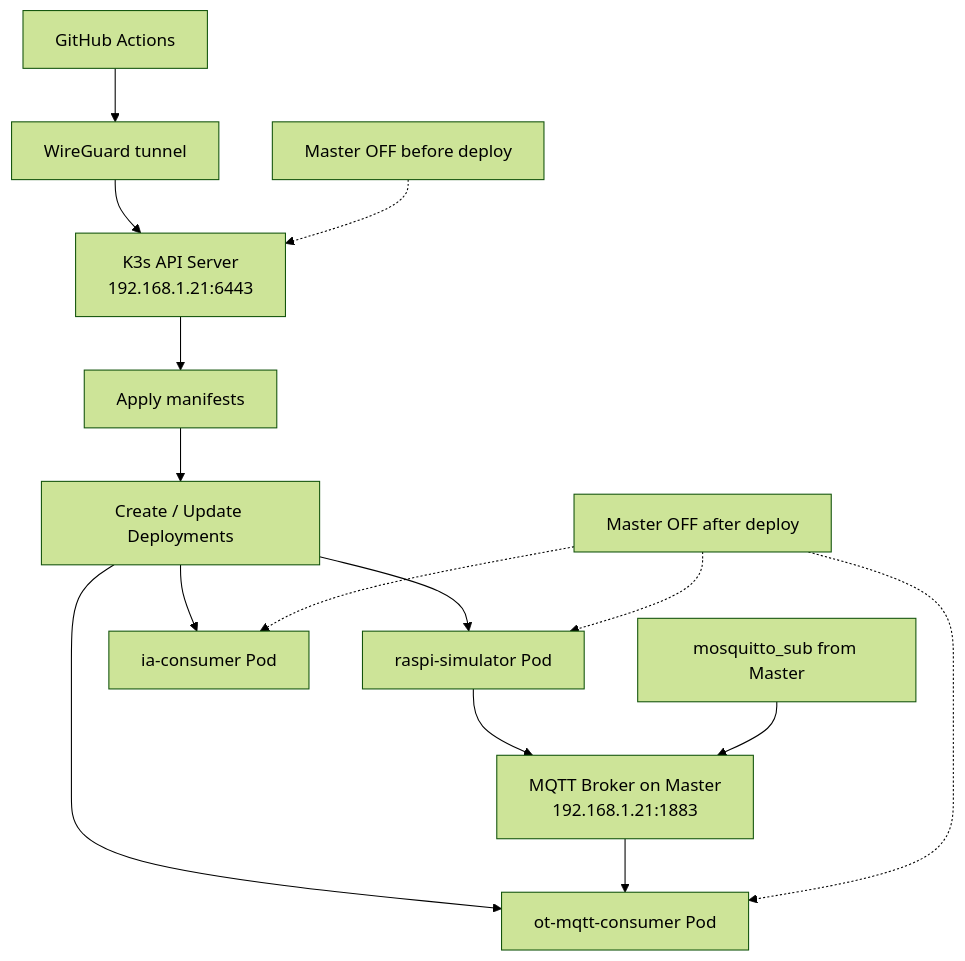
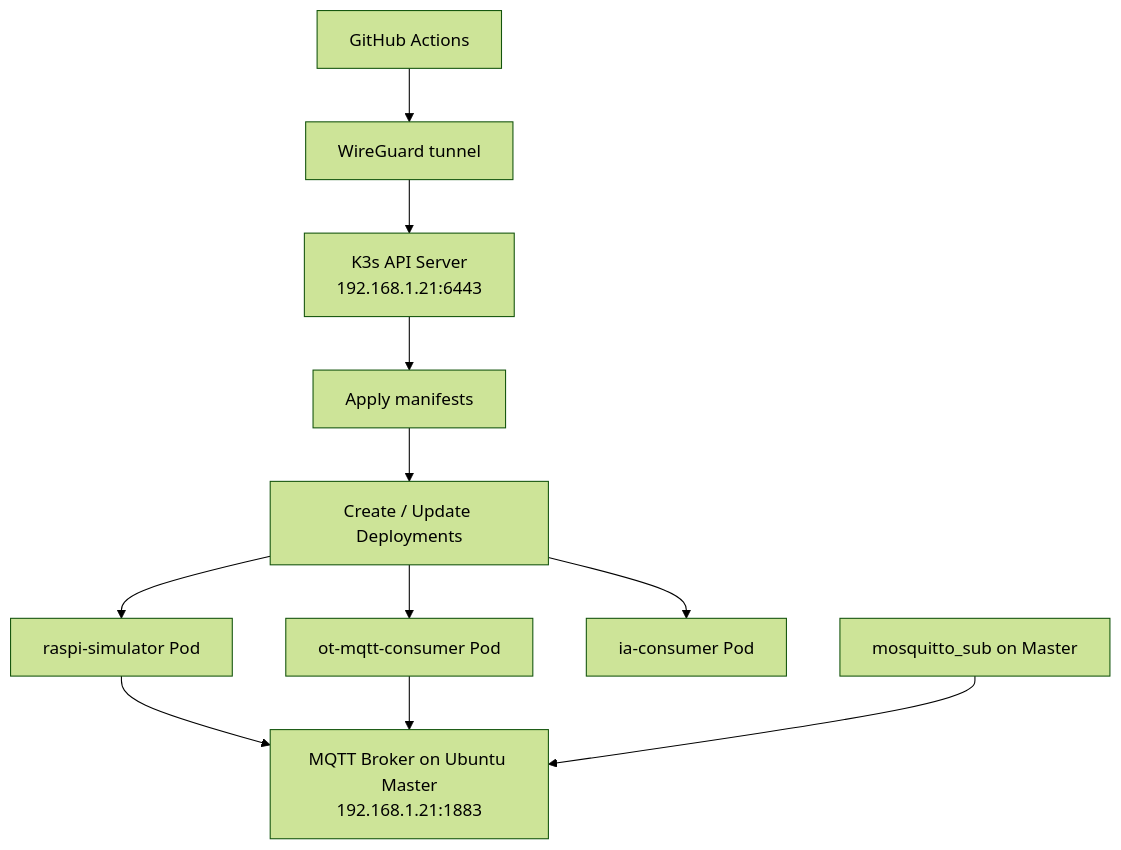
One commit to davidevaloroso-sys/ot-security changed the diagram in README.md. Above: the diagram before and after it, drawn with Mermaid (forest theme).

Commit message:
Flowchart added on README.md, displays WorkFlow and lifetime by Event

````diff
--- a/README.md
+++ b/README.md
@@ -2,22 +2,16 @@
 ```mermaid
 flowchart TD
   A[GitHub Actions] --> B[WireGuard tunnel]
-  B --> C[K3s API Server\n192.168.1.21:6443]
+  B --> C[K3s API Server<br/>192.168.1.21:6443]
 
   C --> D[Apply manifests]
   D --> E[Create / Update Deployments]
 
   E --> F[raspi-simulator Pod]
   E --> G[ot-mqtt-consumer Pod]
   E --> H[ia-consumer Pod]
 
-  F --> I[MQTT Broker on Master\n192.168.1.21:1883]
-  I --> G
-
-  J[mosquitto_sub from Master] --> I
-
-  K[Master OFF before deploy] -.-> C
-  L[Master OFF after deploy] -.-> F
-  L -.-> G
-  L -.-> H
+  F --> I[MQTT Broker on Ubuntu Master<br/>192.168.1.21:1883]
+  G --> I
+  J[mosquitto_sub on Master] --> I
 ```
````
